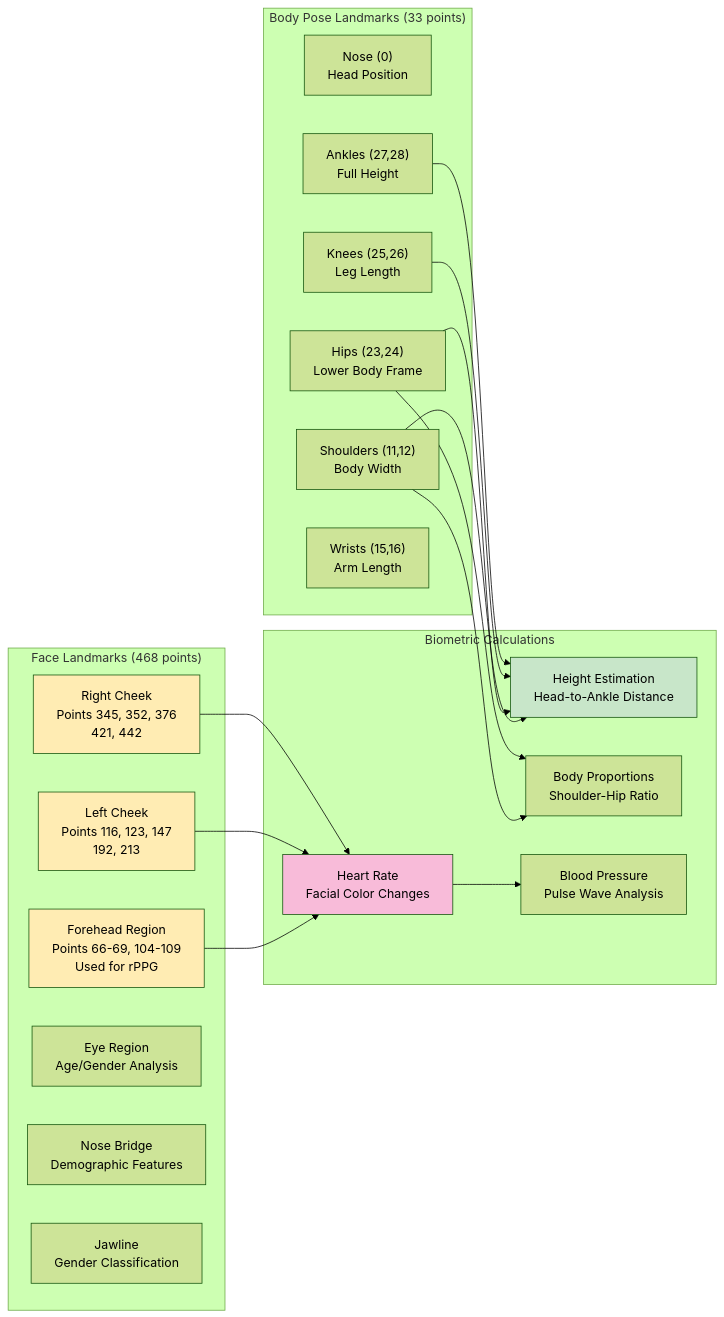
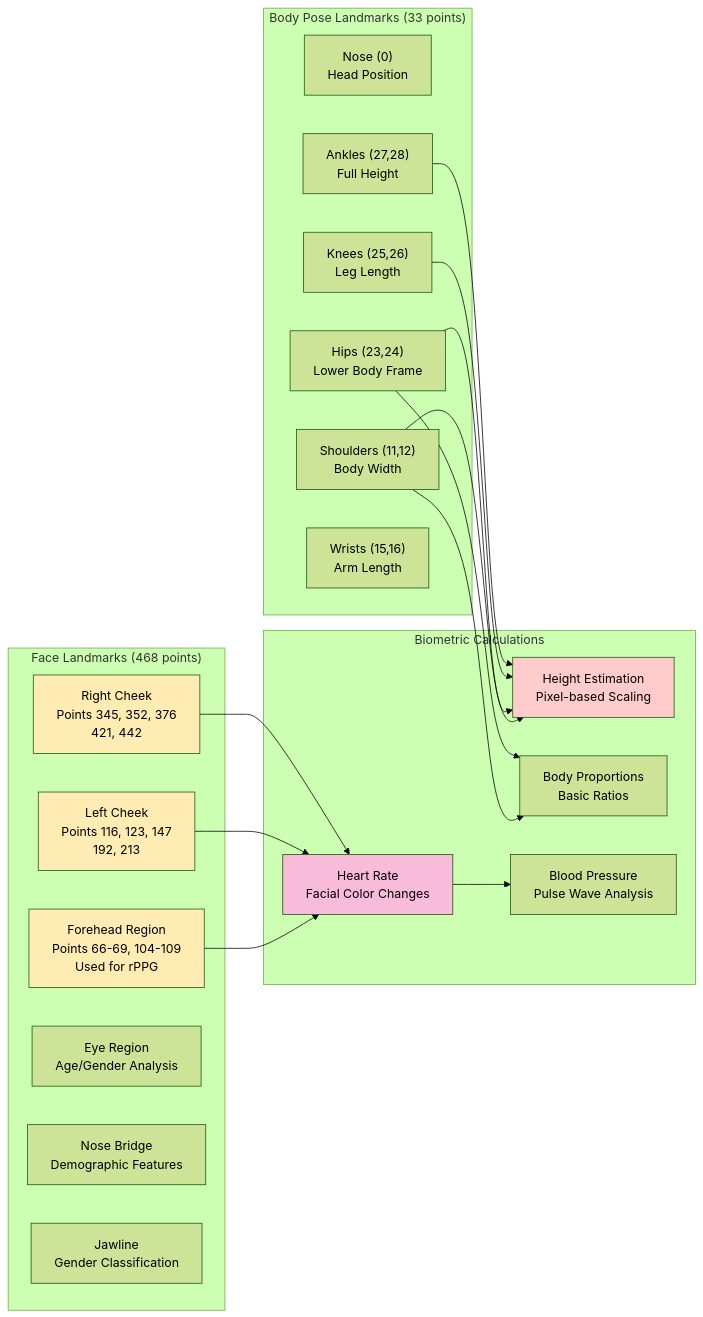
Before and after one commit to mgkram4/doc: the third of 4 diagrams in README.md, drawn with Mermaid (forest theme). The commit also changed other lines of this file, not shown here.

````diff
--- a/README.md
+++ b/README.md
@@ -192,47 +204,47 @@
 ```mermaid
 graph LR
     subgraph "Face Landmarks (468 points)"
         A["Forehead Region<br/>Points 66-69, 104-109<br/>Used for rPPG"]
         B["Left Cheek<br/>Points 116, 123, 147<br/>192, 213"]
         C["Right Cheek<br/>Points 345, 352, 376<br/>421, 442"]
         D["Eye Region<br/>Age/Gender Analysis"]
         E["Nose Bridge<br/>Demographic Features"]
         F["Jawline<br/>Gender Classification"]
     end
     
     subgraph "Body Pose Landmarks (33 points)"
         G["Nose (0)<br/>Head Position"]
         H["Shoulders (11,12)<br/>Body Width"]
         I["Hips (23,24)<br/>Lower Body Frame"]
         J["Knees (25,26)<br/>Leg Length"]
         K["Ankles (27,28)<br/>Full Height"]
         L["Wrists (15,16)<br/>Arm Length"]
     end
     
     subgraph "Biometric Calculations"
-        M["Height Estimation<br/>Head-to-Ankle Distance"]
-        N["Body Proportions<br/>Shoulder-Hip Ratio"]
+        M["Height Estimation<br/>Pixel-based Scaling"]
+        N["Body Proportions<br/>Basic Ratios"]
         O["Heart Rate<br/>Facial Color Changes"]
         P["Blood Pressure<br/>Pulse Wave Analysis"]
     end
     
     H --> M
     I --> M
     J --> M
     K --> M
     
     H --> N
     I --> N
     
     A --> O
     B --> O
     C --> O
     
     O --> P
     
     style A fill:#ffecb3
     style B fill:#ffecb3
     style C fill:#ffecb3
-    style M fill:#c8e6c9
+    style M fill:#ffcccb
     style O fill:#f8bbd9
 ```
````
